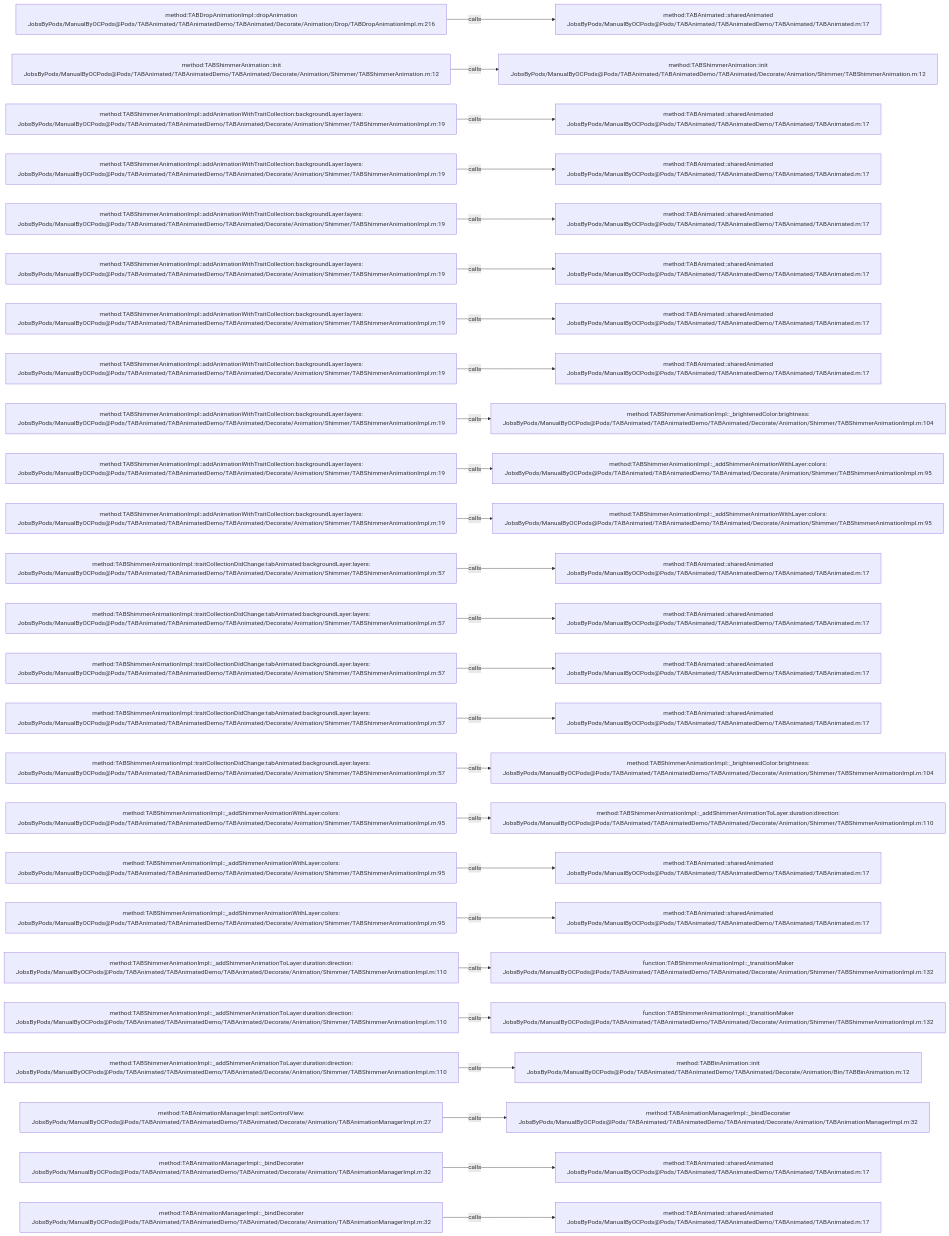
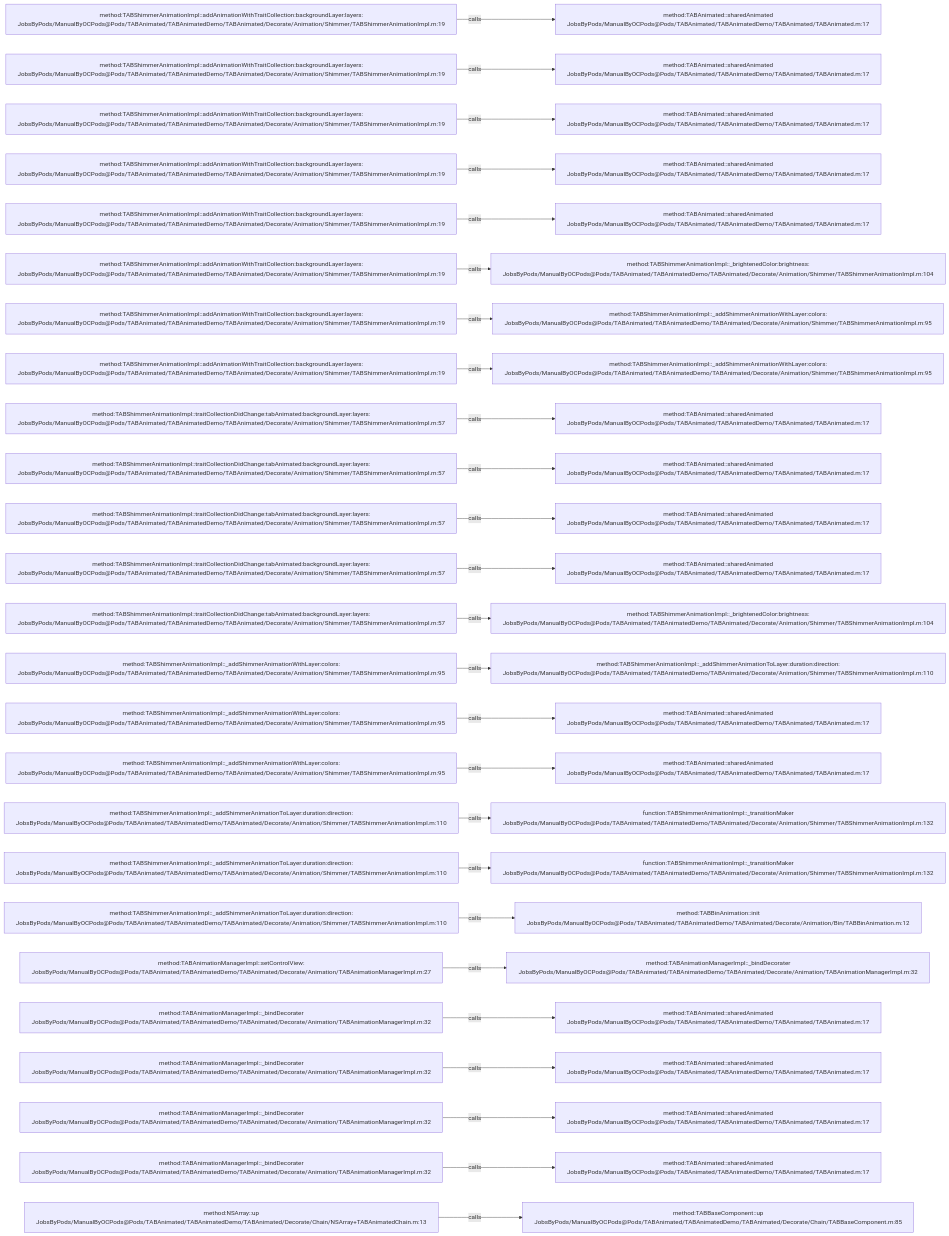
Before and after one commit to JobsKits/JobsOCBaseConfigDemo: the diagram in .codegraph/codegraph.md/graphs/calls-031.md, drawn with Mermaid. The commit also changed 342 other files, not shown here.

````diff
--- a/.codegraph/codegraph.md/graphs/calls-031.md
+++ b/.codegraph/codegraph.md/graphs/calls-031.md
@@ -13,78 +13,78 @@
 ```mermaid
 flowchart LR
-  S1["method:TABDropAnimationImpl::dropAnimation<br/>JobsByPods/ManualByOCPods@Pods/TABAnimated/TABAnimatedDemo/TABAnimated/Decorate/Animation/Drop/TABDropAnimationImpl.m:216"]
+  S1["method:TABShimmerAnimationImpl::addAnimationWithTraitCollection:backgroundLayer:layers:<br/>JobsByPods/ManualByOCPods@Pods/TABAnimated/TABAnimatedDemo/TABAnimated/Decorate/Animation/Shimmer/TABShimmerAnimationImpl.m:19"]
   T1["method:TABAnimated::sharedAnimated<br/>JobsByPods/ManualByOCPods@Pods/TABAnimated/TABAnimatedDemo/TABAnimated/TABAnimated.m:17"]
   S1 -->|calls| T1
-  S2["method:TABShimmerAnimation::init<br/>JobsByPods/ManualByOCPods@Pods/TABAnimated/TABAnimatedDemo/TABAnimated/Decorate/Animation/Shimmer/TABShimmerAnimation.m:12"]
-  T2["method:TABShimmerAnimation::init<br/>JobsByPods/ManualByOCPods@Pods/TABAnimated/TABAnimatedDemo/TABAnimated/Decorate/Animation/Shimmer/TABShimmerAnimation.m:12"]
+  S2["method:TABShimmerAnimationImpl::addAnimationWithTraitCollection:backgroundLayer:layers:<br/>JobsByPods/ManualByOCPods@Pods/TABAnimated/TABAnimatedDemo/TABAnimated/Decorate/Animation/Shimmer/TABShimmerAnimationImpl.m:19"]
+  T2["method:TABAnimated::sharedAnimated<br/>JobsByPods/ManualByOCPods@Pods/TABAnimated/TABAnimatedDemo/TABAnimated/TABAnimated.m:17"]
   S2 -->|calls| T2
   S3["method:TABShimmerAnimationImpl::addAnimationWithTraitCollection:backgroundLayer:layers:<br/>JobsByPods/ManualByOCPods@Pods/TABAnimated/TABAnimatedDemo/TABAnimated/Decorate/Animation/Shimmer/TABShimmerAnimationImpl.m:19"]
   T3["method:TABAnimated::sharedAnimated<br/>JobsByPods/ManualByOCPods@Pods/TABAnimated/TABAnimatedDemo/TABAnimated/TABAnimated.m:17"]
   S3 -->|calls| T3
   S4["method:TABShimmerAnimationImpl::addAnimationWithTraitCollection:backgroundLayer:layers:<br/>JobsByPods/ManualByOCPods@Pods/TABAnimated/TABAnimatedDemo/TABAnimated/Decorate/Animation/Shimmer/TABShimmerAnimationImpl.m:19"]
   T4["method:TABAnimated::sharedAnimated<br/>JobsByPods/ManualByOCPods@Pods/TABAnimated/TABAnimatedDemo/TABAnimated/TABAnimated.m:17"]
   S4 -->|calls| T4
   S5["method:TABShimmerAnimationImpl::addAnimationWithTraitCollection:backgroundLayer:layers:<br/>JobsByPods/ManualByOCPods@Pods/TABAnimated/TABAnimatedDemo/TABAnimated/Decorate/Animation/Shimmer/TABShimmerAnimationImpl.m:19"]
   T5["method:TABAnimated::sharedAnimated<br/>JobsByPods/ManualByOCPods@Pods/TABAnimated/TABAnimatedDemo/TABAnimated/TABAnimated.m:17"]
   S5 -->|calls| T5
   S6["method:TABShimmerAnimationImpl::addAnimationWithTraitCollection:backgroundLayer:layers:<br/>JobsByPods/ManualByOCPods@Pods/TABAnimated/TABAnimatedDemo/TABAnimated/Decorate/Animation/Shimmer/TABShimmerAnimationImpl.m:19"]
-  T6["method:TABAnimated::sharedAnimated<br/>JobsByPods/ManualByOCPods@Pods/TABAnimated/TABAnimatedDemo/TABAnimated/TABAnimated.m:17"]
+  T6["method:TABShimmerAnimationImpl::_brightenedColor:brightness:<br/>JobsByPods/ManualByOCPods@Pods/TABAnimated/TABAnimatedDemo/TABAnimated/Decorate/Animation/Shimmer/TABShimmerAnimationImpl.m:104"]
   S6 -->|calls| T6
   S7["method:TABShimmerAnimationImpl::addAnimationWithTraitCollection:backgroundLayer:layers:<br/>JobsByPods/ManualByOCPods@Pods/TABAnimated/TABAnimatedDemo/TABAnimated/Decorate/Animation/Shimmer/TABShimmerAnimationImpl.m:19"]
-  T7["method:TABAnimated::sharedAnimated<br/>JobsByPods/ManualByOCPods@Pods/TABAnimated/TABAnimatedDemo/TABAnimated/TABAnimated.m:17"]
+  T7["method:TABShimmerAnimationImpl::_addShimmerAnimationWithLayer:colors:<br/>JobsByPods/ManualByOCPods@Pods/TABAnimated/TABAnimatedDemo/TABAnimated/Decorate/Animation/Shimmer/TABShimmerAnimationImpl.m:95"]
   S7 -->|calls| T7
   S8["method:TABShimmerAnimationImpl::addAnimationWithTraitCollection:backgroundLayer:layers:<br/>JobsByPods/ManualByOCPods@Pods/TABAnimated/TABAnimatedDemo/TABAnimated/Decorate/Animation/Shimmer/TABShimmerAnimationImpl.m:19"]
-  T8["method:TABAnimated::sharedAnimated<br/>JobsByPods/ManualByOCPods@Pods/TABAnimated/TABAnimatedDemo/TABAnimated/TABAnimated.m:17"]
+  T8["method:TABShimmerAnimationImpl::_addShimmerAnimationWithLayer:colors:<br/>JobsByPods/ManualByOCPods@Pods/TABAnimated/TABAnimatedDemo/TABAnimated/Decorate/Animation/Shimmer/TABShimmerAnimationImpl.m:95"]
   S8 -->|calls| T8
-  S9["method:TABShimmerAnimationImpl::addAnimationWithTraitCollection:backgroundLayer:layers:<br/>JobsByPods/ManualByOCPods@Pods/TABAnimated/TABAnimatedDemo/TABAnimated/Decorate/Animation/Shimmer/TABShimmerAnimationImpl.m:19"]
-  T9["method:TABShimmerAnimationImpl::_brightenedColor:brightness:<br/>JobsByPods/ManualByOCPods@Pods/TABAnimated/TABAnimatedDemo/TABAnimated/Decorate/Animation/Shimmer/TABShimmerAnimationImpl.m:104"]
+  S9["method:TABShimmerAnimationImpl::traitCollectionDidChange:tabAnimated:backgroundLayer:layers:<br/>JobsByPods/ManualByOCPods@Pods/TABAnimated/TABAnimatedDemo/TABAnimated/Decorate/Animation/Shimmer/TABShimmerAnimationImpl.m:57"]
+  T9["method:TABAnimated::sharedAnimated<br/>JobsByPods/ManualByOCPods@Pods/TABAnimated/TABAnimatedDemo/TABAnimated/TABAnimated.m:17"]
   S9 -->|calls| T9
-  S10["method:TABShimmerAnimationImpl::addAnimationWithTraitCollection:backgroundLayer:layers:<br/>JobsByPods/ManualByOCPods@Pods/TABAnimated/TABAnimatedDemo/TABAnimated/Decorate/Animation/Shimmer/TABShimmerAnimationImpl.m:19"]
-  T10["method:TABShimmerAnimationImpl::_addShimmerAnimationWithLayer:colors:<br/>JobsByPods/ManualByOCPods@Pods/TABAnimated/TABAnimatedDemo/TABAnimated/Decorate/Animation/Shimmer/TABShimmerAnimationImpl.m:95"]
+  S10["method:TABShimmerAnimationImpl::traitCollectionDidChange:tabAnimated:backgroundLayer:layers:<br/>JobsByPods/ManualByOCPods@Pods/TABAnimated/TABAnimatedDemo/TABAnimated/Decorate/Animation/Shimmer/TABShimmerAnimationImpl.m:57"]
+  T10["method:TABAnimated::sharedAnimated<br/>JobsByPods/ManualByOCPods@Pods/TABAnimated/TABAnimatedDemo/TABAnimated/TABAnimated.m:17"]
   S10 -->|calls| T10
-  S11["method:TABShimmerAnimationImpl::addAnimationWithTraitCollection:backgroundLayer:layers:<br/>JobsByPods/ManualByOCPods@Pods/TABAnimated/TABAnimatedDemo/TABAnimated/Decorate/Animation/Shimmer/TABShimmerAnimationImpl.m:19"]
-  T11["method:TABShimmerAnimationImpl::_addShimmerAnimationWithLayer:colors:<br/>JobsByPods/ManualByOCPods@Pods/TABAnimated/TABAnimatedDemo/TABAnimated/Decorate/Animation/Shimmer/TABShimmerAnimationImpl.m:95"]
+  S11["method:TABShimmerAnimationImpl::traitCollectionDidChange:tabAnimated:backgroundLayer:layers:<br/>JobsByPods/ManualByOCPods@Pods/TABAnimated/TABAnimatedDemo/TABAnimated/Decorate/Animation/Shimmer/TABShimmerAnimationImpl.m:57"]
+  T11["method:TABAnimated::sharedAnimated<br/>JobsByPods/ManualByOCPods@Pods/TABAnimated/TABAnimatedDemo/TABAnimated/TABAnimated.m:17"]
   S11 -->|calls| T11
   S12["method:TABShimmerAnimationImpl::traitCollectionDidChange:tabAnimated:backgroundLayer:layers:<br/>JobsByPods/ManualByOCPods@Pods/TABAnimated/TABAnimatedDemo/TABAnimated/Decorate/Animation/Shimmer/TABShimmerAnimationImpl.m:57"]
   T12["method:TABAnimated::sharedAnimated<br/>JobsByPods/ManualByOCPods@Pods/TABAnimated/TABAnimatedDemo/TABAnimated/TABAnimated.m:17"]
   S12 -->|calls| T12
   S13["method:TABShimmerAnimationImpl::traitCollectionDidChange:tabAnimated:backgroundLayer:layers:<br/>JobsByPods/ManualByOCPods@Pods/TABAnimated/TABAnimatedDemo/TABAnimated/Decorate/Animation/Shimmer/TABShimmerAnimationImpl.m:57"]
-  T13["method:TABAnimated::sharedAnimated<br/>JobsByPods/ManualByOCPods@Pods/TABAnimated/TABAnimatedDemo/TABAnimated/TABAnimated.m:17"]
+  T13["method:TABShimmerAnimationImpl::_brightenedColor:brightness:<br/>JobsByPods/ManualByOCPods@Pods/TABAnimated/TABAnimatedDemo/TABAnimated/Decorate/Animation/Shimmer/TABShimmerAnimationImpl.m:104"]
   S13 -->|calls| T13
-  S14["method:TABShimmerAnimationImpl::traitCollectionDidChange:tabAnimated:backgroundLayer:layers:<br/>JobsByPods/ManualByOCPods@Pods/TABAnimated/TABAnimatedDemo/TABAnimated/Decorate/Animation/Shimmer/TABShimmerAnimationImpl.m:57"]
-  T14["method:TABAnimated::sharedAnimated<br/>JobsByPods/ManualByOCPods@Pods/TABAnimated/TABAnimatedDemo/TABAnimated/TABAnimated.m:17"]
+  S14["method:TABShimmerAnimationImpl::_addShimmerAnimationWithLayer:colors:<br/>JobsByPods/ManualByOCPods@Pods/TABAnimated/TABAnimatedDemo/TABAnimated/Decorate/Animation/Shimmer/TABShimmerAnimationImpl.m:95"]
+  T14["method:TABShimmerAnimationImpl::_addShimmerAnimationToLayer:duration:direction:<br/>JobsByPods/ManualByOCPods@Pods/TABAnimated/TABAnimatedDemo/TABAnimated/Decorate/Animation/Shimmer/TABShimmerAnimationImpl.m:110"]
   S14 -->|calls| T14
-  S15["method:TABShimmerAnimationImpl::traitCollectionDidChange:tabAnimated:backgroundLayer:layers:<br/>JobsByPods/ManualByOCPods@Pods/TABAnimated/TABAnimatedDemo/TABAnimated/Decorate/Animation/Shimmer/TABShimmerAnimationImpl.m:57"]
+  S15["method:TABShimmerAnimationImpl::_addShimmerAnimationWithLayer:colors:<br/>JobsByPods/ManualByOCPods@Pods/TABAnimated/TABAnimatedDemo/TABAnimated/Decorate/Animation/Shimmer/TABShimmerAnimationImpl.m:95"]
   T15["method:TABAnimated::sharedAnimated<br/>JobsByPods/ManualByOCPods@Pods/TABAnimated/TABAnimatedDemo/TABAnimated/TABAnimated.m:17"]
   S15 -->|calls| T15
-  S16["method:TABShimmerAnimationImpl::traitCollectionDidChange:tabAnimated:backgroundLayer:layers:<br/>JobsByPods/ManualByOCPods@Pods/TABAnimated/TABAnimatedDemo/TABAnimated/Decorate/Animation/Shimmer/TABShimmerAnimationImpl.m:57"]
-  T16["method:TABShimmerAnimationImpl::_brightenedColor:brightness:<br/>JobsByPods/ManualByOCPods@Pods/TABAnimated/TABAnimatedDemo/TABAnimated/Decorate/Animation/Shimmer/TABShimmerAnimationImpl.m:104"]
+  S16["method:TABShimmerAnimationImpl::_addShimmerAnimationWithLayer:colors:<br/>JobsByPods/ManualByOCPods@Pods/TABAnimated/TABAnimatedDemo/TABAnimated/Decorate/Animation/Shimmer/TABShimmerAnimationImpl.m:95"]
+  T16["method:TABAnimated::sharedAnimated<br/>JobsByPods/ManualByOCPods@Pods/TABAnimated/TABAnimatedDemo/TABAnimated/TABAnimated.m:17"]
   S16 -->|calls| T16
-  S17["method:TABShimmerAnimationImpl::_addShimmerAnimationWithLayer:colors:<br/>JobsByPods/ManualByOCPods@Pods/TABAnimated/TABAnimatedDemo/TABAnimated/Decorate/Animation/Shimmer/TABShimmerAnimationImpl.m:95"]
-  T17["method:TABShimmerAnimationImpl::_addShimmerAnimationToLayer:duration:direction:<br/>JobsByPods/ManualByOCPods@Pods/TABAnimated/TABAnimatedDemo/TABAnimated/Decorate/Animation/Shimmer/TABShimmerAnimationImpl.m:110"]
+  S17["method:TABShimmerAnimationImpl::_addShimmerAnimationToLayer:duration:direction:<br/>JobsByPods/ManualByOCPods@Pods/TABAnimated/TABAnimatedDemo/TABAnimated/Decorate/Animation/Shimmer/TABShimmerAnimationImpl.m:110"]
+  T17["function:TABShimmerAnimationImpl::_transitionMaker<br/>JobsByPods/ManualByOCPods@Pods/TABAnimated/TABAnimatedDemo/TABAnimated/Decorate/Animation/Shimmer/TABShimmerAnimationImpl.m:132"]
   S17 -->|calls| T17
-  S18["method:TABShimmerAnimationImpl::_addShimmerAnimationWithLayer:colors:<br/>JobsByPods/ManualByOCPods@Pods/TABAnimated/TABAnimatedDemo/TABAnimated/Decorate/Animation/Shimmer/TABShimmerAnimationImpl.m:95"]
-  T18["method:TABAnimated::sharedAnimated<br/>JobsByPods/ManualByOCPods@Pods/TABAnimated/TABAnimatedDemo/TABAnimated/TABAnimated.m:17"]
+  S18["method:TABShimmerAnimationImpl::_addShimmerAnimationToLayer:duration:direction:<br/>JobsByPods/ManualByOCPods@Pods/TABAnimated/TABAnimatedDemo/TABAnimated/Decorate/Animation/Shimmer/TABShimmerAnimationImpl.m:110"]
+  T18["function:TABShimmerAnimationImpl::_transitionMaker<br/>JobsByPods/ManualByOCPods@Pods/TABAnimated/TABAnimatedDemo/TABAnimated/Decorate/Animation/Shimmer/TABShimmerAnimationImpl.m:132"]
   S18 -->|calls| T18
-  S19["method:TABShimmerAnimationImpl::_addShimmerAnimationWithLayer:colors:<br/>JobsByPods/ManualByOCPods@Pods/TABAnimated/TABAnimatedDemo/TABAnimated/Decorate/Animation/Shimmer/TABShimmerAnimationImpl.m:95"]
-  T19["method:TABAnimated::sharedAnimated<br/>JobsByPods/ManualByOCPods@Pods/TABAnimated/TABAnimatedDemo/TABAnimated/TABAnimated.m:17"]
+  S19["method:TABShimmerAnimationImpl::_addShimmerAnimationToLayer:duration:direction:<br/>JobsByPods/ManualByOCPods@Pods/TABAnimated/TABAnimatedDemo/TABAnimated/Decorate/Animation/Shimmer/TABShimmerAnimationImpl.m:110"]
+  T19["method:TABBinAnimation::init<br/>JobsByPods/ManualByOCPods@Pods/TABAnimated/TABAnimatedDemo/TABAnimated/Decorate/Animation/Bin/TABBinAnimation.m:12"]
   S19 -->|calls| T19
-  S20["method:TABShimmerAnimationImpl::_addShimmerAnimationToLayer:duration:direction:<br/>JobsByPods/ManualByOCPods@Pods/TABAnimated/TABAnimatedDemo/TABAnimated/Decorate/Animation/Shimmer/TABShimmerAnimationImpl.m:110"]
-  T20["function:TABShimmerAnimationImpl::_transitionMaker<br/>JobsByPods/ManualByOCPods@Pods/TABAnimated/TABAnimatedDemo/TABAnimated/Decorate/Animation/Shimmer/TABShimmerAnimationImpl.m:132"]
+  S20["method:TABAnimationManagerImpl::setControlView:<br/>JobsByPods/ManualByOCPods@Pods/TABAnimated/TABAnimatedDemo/TABAnimated/Decorate/Animation/TABAnimationManagerImpl.m:27"]
+  T20["method:TABAnimationManagerImpl::_bindDecorater<br/>JobsByPods/ManualByOCPods@Pods/TABAnimated/TABAnimatedDemo/TABAnimated/Decorate/Animation/TABAnimationManagerImpl.m:32"]
   S20 -->|calls| T20
-  S21["method:TABShimmerAnimationImpl::_addShimmerAnimationToLayer:duration:direction:<br/>JobsByPods/ManualByOCPods@Pods/TABAnimated/TABAnimatedDemo/TABAnimated/Decorate/Animation/Shimmer/TABShimmerAnimationImpl.m:110"]
-  T21["function:TABShimmerAnimationImpl::_transitionMaker<br/>JobsByPods/ManualByOCPods@Pods/TABAnimated/TABAnimatedDemo/TABAnimated/Decorate/Animation/Shimmer/TABShimmerAnimationImpl.m:132"]
+  S21["method:TABAnimationManagerImpl::_bindDecorater<br/>JobsByPods/ManualByOCPods@Pods/TABAnimated/TABAnimatedDemo/TABAnimated/Decorate/Animation/TABAnimationManagerImpl.m:32"]
+  T21["method:TABAnimated::sharedAnimated<br/>JobsByPods/ManualByOCPods@Pods/TABAnimated/TABAnimatedDemo/TABAnimated/TABAnimated.m:17"]
   S21 -->|calls| T21
-  S22["method:TABShimmerAnimationImpl::_addShimmerAnimationToLayer:duration:direction:<br/>JobsByPods/ManualByOCPods@Pods/TABAnimated/TABAnimatedDemo/TABAnimated/Decorate/Animation/Shimmer/TABShimmerAnimationImpl.m:110"]
-  T22["method:TABBinAnimation::init<br/>JobsByPods/ManualByOCPods@Pods/TABAnimated/TABAnimatedDemo/TABAnimated/Decorate/Animation/Bin/TABBinAnimation.m:12"]
+  S22["method:TABAnimationManagerImpl::_bindDecorater<br/>JobsByPods/ManualByOCPods@Pods/TABAnimated/TABAnimatedDemo/TABAnimated/Decorate/Animation/TABAnimationManagerImpl.m:32"]
+  T22["method:TABAnimated::sharedAnimated<br/>JobsByPods/ManualByOCPods@Pods/TABAnimated/TABAnimatedDemo/TABAnimated/TABAnimated.m:17"]
   S22 -->|calls| T22
-  S23["method:TABAnimationManagerImpl::setControlView:<br/>JobsByPods/ManualByOCPods@Pods/TABAnimated/TABAnimatedDemo/TABAnimated/Decorate/Animation/TABAnimationManagerImpl.m:27"]
-  T23["method:TABAnimationManagerImpl::_bindDecorater<br/>JobsByPods/ManualByOCPods@Pods/TABAnimated/TABAnimatedDemo/TABAnimated/Decorate/Animation/TABAnimationManagerImpl.m:32"]
+  S23["method:TABAnimationManagerImpl::_bindDecorater<br/>JobsByPods/ManualByOCPods@Pods/TABAnimated/TABAnimatedDemo/TABAnimated/Decorate/Animation/TABAnimationManagerImpl.m:32"]
+  T23["method:TABAnimated::sharedAnimated<br/>JobsByPods/ManualByOCPods@Pods/TABAnimated/TABAnimatedDemo/TABAnimated/TABAnimated.m:17"]
   S23 -->|calls| T23
   S24["method:TABAnimationManagerImpl::_bindDecorater<br/>JobsByPods/ManualByOCPods@Pods/TABAnimated/TABAnimatedDemo/TABAnimated/Decorate/Animation/TABAnimationManagerImpl.m:32"]
   T24["method:TABAnimated::sharedAnimated<br/>JobsByPods/ManualByOCPods@Pods/TABAnimated/TABAnimatedDemo/TABAnimated/TABAnimated.m:17"]
   S24 -->|calls| T24
-  S25["method:TABAnimationManagerImpl::_bindDecorater<br/>JobsByPods/ManualByOCPods@Pods/TABAnimated/TABAnimatedDemo/TABAnimated/Decorate/Animation/TABAnimationManagerImpl.m:32"]
-  T25["method:TABAnimated::sharedAnimated<br/>JobsByPods/ManualByOCPods@Pods/TABAnimated/TABAnimatedDemo/TABAnimated/TABAnimated.m:17"]
+  S25["method:NSArray::up<br/>JobsByPods/ManualByOCPods@Pods/TABAnimated/TABAnimatedDemo/TABAnimated/Decorate/Chain/NSArray+TABAnimatedChain.m:13"]
+  T25["method:TABBaseComponent::up<br/>JobsByPods/ManualByOCPods@Pods/TABAnimated/TABAnimatedDemo/TABAnimated/Decorate/Chain/TABBaseComponent.m:85"]
   S25 -->|calls| T25
 ```
````
